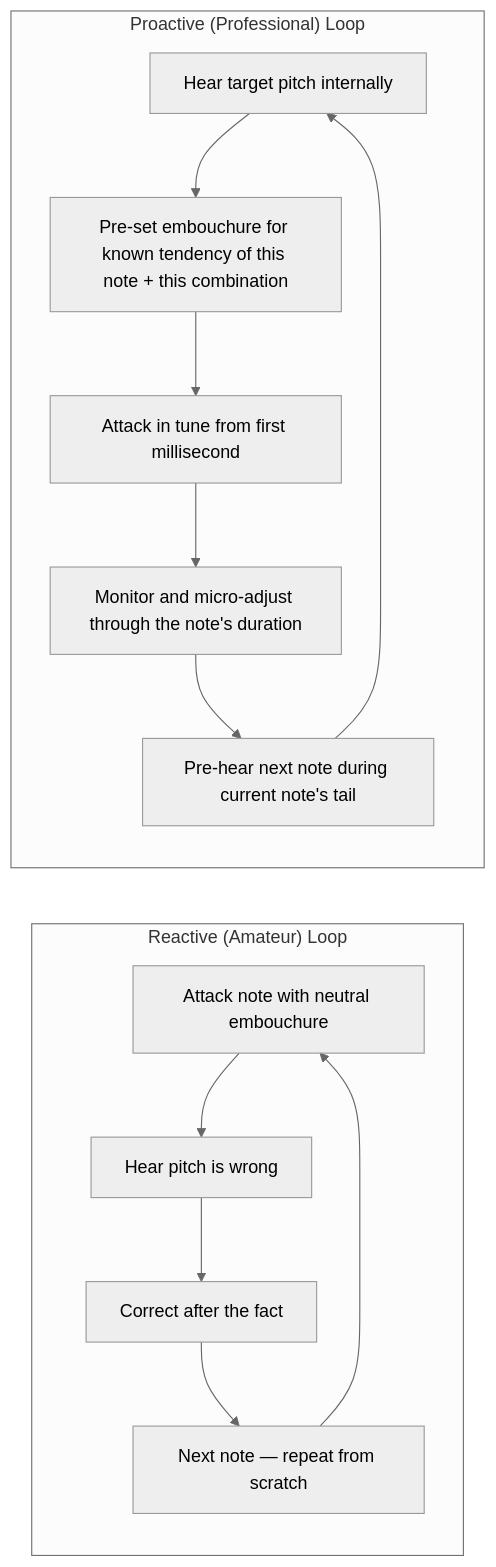
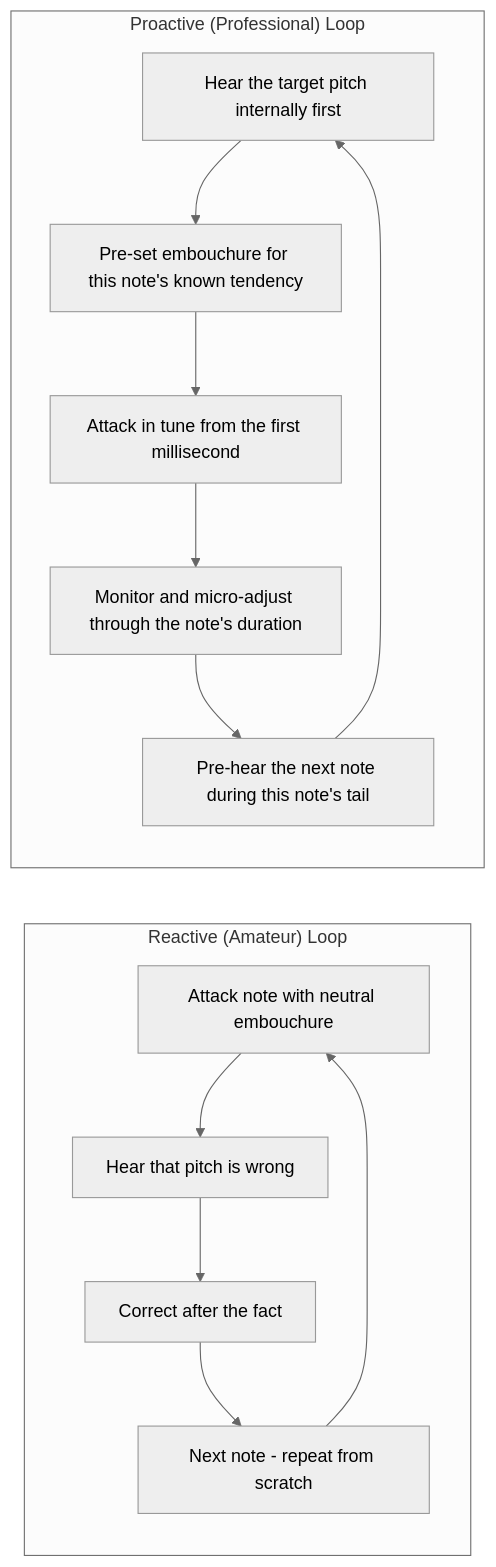
One commit to blebleblee/synapse changed the fourth of 4 diagrams in topics/arts/music_performance/brass/lesson_03_intonation_and_tuning.md. Above: the diagram before and after it, drawn with Mermaid (neutral theme). The commit also changed other lines of this file and 4 other files, not shown here.

````diff
--- a/topics/arts/music_performance/brass/lesson_03_intonation_and_tuning.md
+++ b/topics/arts/music_performance/brass/lesson_03_intonation_and_tuning.md
@@ -468,19 +462,19 @@
 ```mermaid
 graph LR
     subgraph sub_reactive ["Reactive (Amateur) Loop"]
         R1["Attack note with neutral embouchure"]
-        R2["Hear pitch is wrong"]
+        R2["Hear that pitch is wrong"]
         R3["Correct after the fact"]
-        R4["Next note — repeat from scratch"]
+        R4["Next note - repeat from scratch"]
         R1 --> R2 --> R3 --> R4 --> R1
     end
 
     subgraph sub_proactive ["Proactive (Professional) Loop"]
-        P1["Hear target pitch internally"]
-        P2["Pre-set embouchure for known tendency of this note + this combination"]
-        P3["Attack in tune from first millisecond"]
+        P1["Hear the target pitch internally first"]
+        P2["Pre-set embouchure for this note's known tendency"]
+        P3["Attack in tune from the first millisecond"]
         P4["Monitor and micro-adjust through the note's duration"]
-        P5["Pre-hear next note during current note's tail"]
+        P5["Pre-hear the next note during this note's tail"]
         P1 --> P2 --> P3 --> P4 --> P5 --> P1
     end
 ```
````
